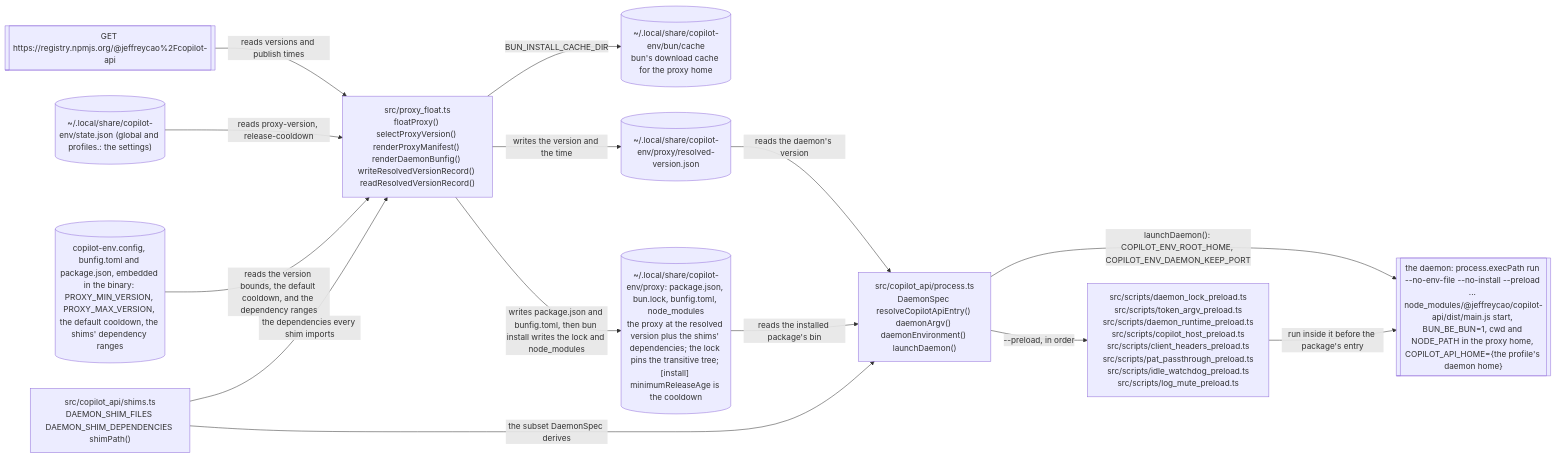
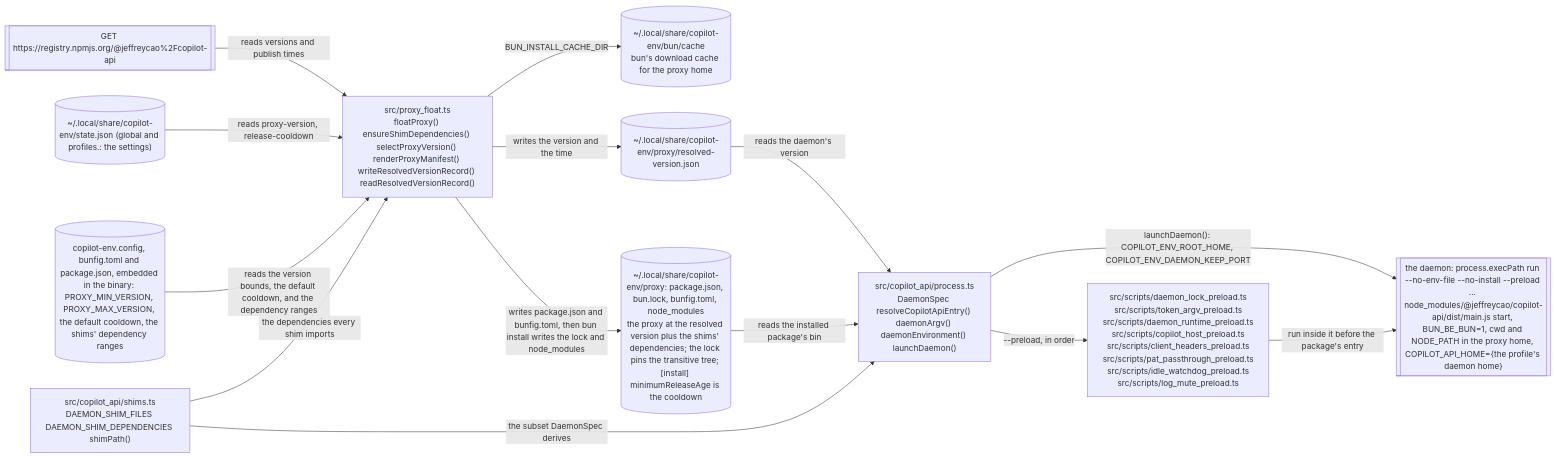
The fourth of 8 diagrams in docs/architecture.md (Vivswan/copilot-env), drawn with Mermaid before and after one commit. The commit also changed other lines of this file and 11 other files, not shown here.

First line of the commit message:
fix(daemon): review fixes for the float's failed install, a file entry's shim packages, and the drain

````diff
--- a/docs/architecture.md
+++ b/docs/architecture.md
@@ -140,27 +140,27 @@
 ```mermaid
 flowchart LR
   registry[["GET https://registry.npmjs.org/@jeffreycao%2Fcopilot-api"]]
   prefs[("~/.local/share/copilot-env/state.json (global and profiles.<name>: the settings)")]
-  float["src/proxy_float.ts<br>floatProxy() selectProxyVersion() renderProxyManifest() renderDaemonBunfig() writeResolvedVersionRecord() readResolvedVersionRecord()"]
+  float["src/proxy_float.ts<br>floatProxy() ensureShimDependencies() selectProxyVersion() renderProxyManifest() writeResolvedVersionRecord() readResolvedVersionRecord()"]
   shims["src/copilot_api/shims.ts<br>DAEMON_SHIM_FILES DAEMON_SHIM_DEPENDENCIES shimPath()"]
   spawn["src/copilot_api/process.ts<br>DaemonSpec resolveCopilotApiEntry() daemonArgv() daemonEnvironment() launchDaemon()"]
   preloads["src/scripts/daemon_lock_preload.ts<br>src/scripts/token_argv_preload.ts<br>src/scripts/daemon_runtime_preload.ts<br>src/scripts/copilot_host_preload.ts<br>src/scripts/client_headers_preload.ts<br>src/scripts/pat_passthrough_preload.ts<br>src/scripts/idle_watchdog_preload.ts<br>src/scripts/log_mute_preload.ts"]
   cache[("~/.local/share/copilot-env/bun/cache<br>bun's download cache for the proxy home")]
   record[("~/.local/share/copilot-env/proxy/resolved-version.json")]
   pcfg[("copilot-env.config, bunfig.toml and package.json, embedded in the binary: PROXY_MIN_VERSION, PROXY_MAX_VERSION, the default cooldown, the shims' dependency ranges")]
   phome[("~/.local/share/copilot-env/proxy: package.json, bun.lock, bunfig.toml, node_modules<br>the proxy at the resolved version plus the shims' dependencies; the lock pins the transitive tree; [install] minimumReleaseAge is the cooldown")]
   daemonproc[["the daemon: process.execPath run --no-env-file --no-install --preload ... node_modules/@jeffreycao/copilot-api/dist/main.js start, BUN_BE_BUN=1, cwd and NODE_PATH in the proxy home, COPILOT_API_HOME={the profile's daemon home}"]]
   registry -->|"reads versions and publish times"| float
   prefs -->|"reads proxy-version, release-cooldown"| float
   pcfg -->|"reads the version bounds, the default cooldown, and the dependency ranges"| float
   shims -->|"the dependencies every shim imports"| float
   float -->|"writes package.json and bunfig.toml, then bun install writes the lock and node_modules"| phome
   float -->|"BUN_INSTALL_CACHE_DIR"| cache
   float -->|"writes the version and the time"| record
   record -->|"reads the daemon's version"| spawn
   phome -->|"reads the installed package's bin"| spawn
   shims -->|"the subset DaemonSpec derives"| spawn
   spawn -->|"--preload, in order"| preloads
   spawn -->|"launchDaemon(): COPILOT_ENV_ROOT_HOME, COPILOT_ENV_DAEMON_KEEP_PORT"| daemonproc
   preloads -->|"run inside it before the package's entry"| daemonproc
 ```
````
